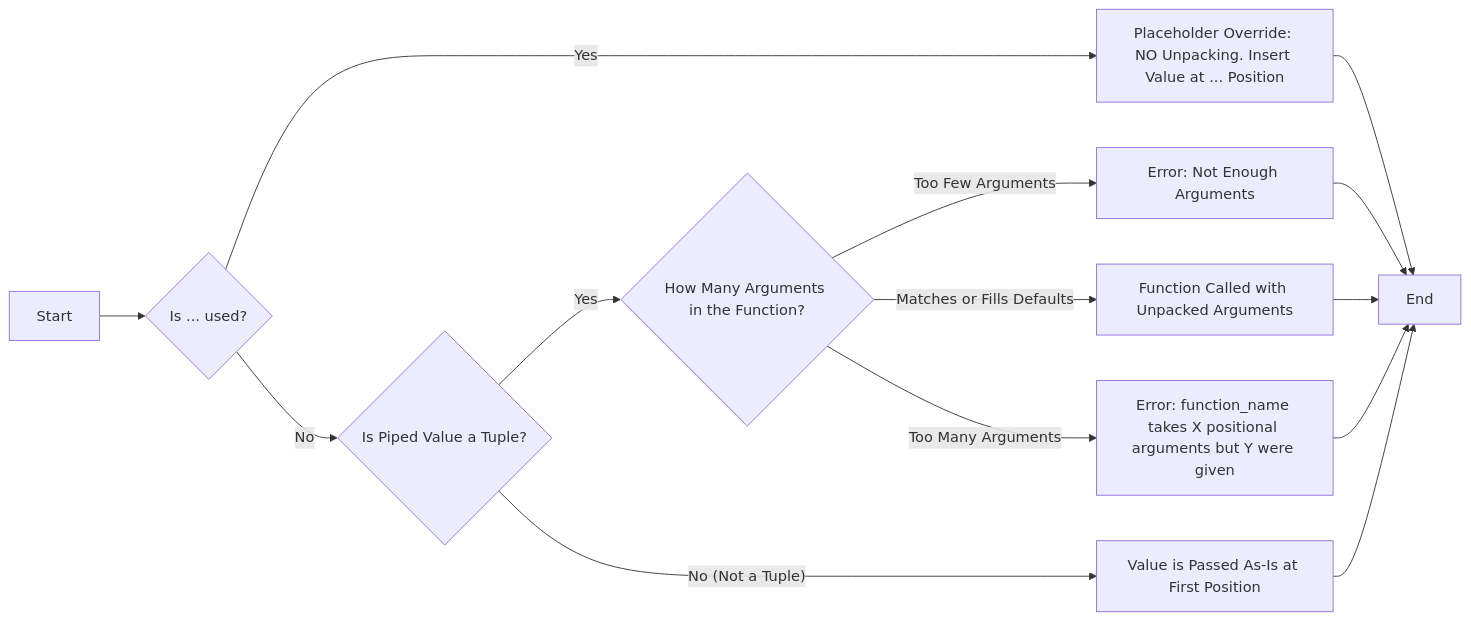
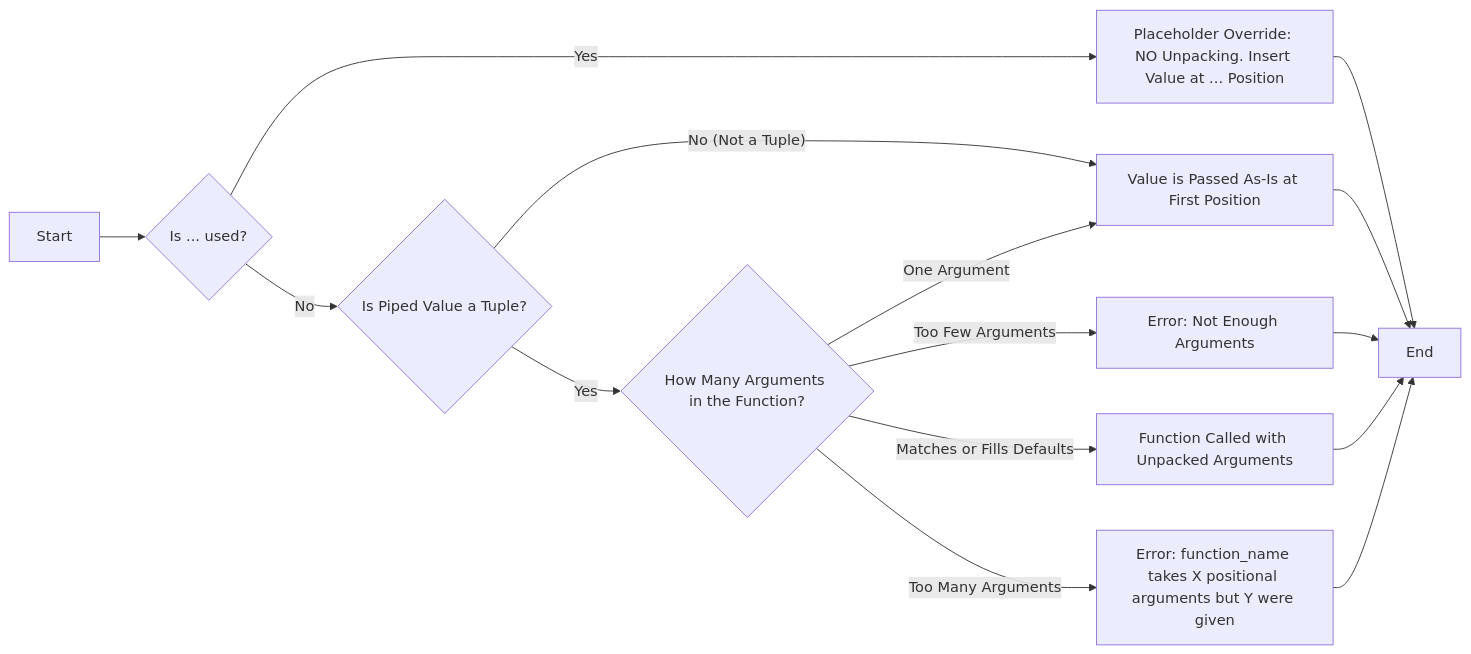
One commit to amogorkon/pypeduct changed the diagram in docs/argument_unpacking_spec.md. Above: the diagram before and after it, drawn with Mermaid. The commit also changed other lines of this file, not shown here.

Commit message:
clarify default unpacking behavior for single argument functions in documentation

````diff
--- a/docs/argument_unpacking_spec.md
+++ b/docs/argument_unpacking_spec.md
@@ -21,16 +21,17 @@
 ```mermaid
 graph LR
     A[Start] --> B{Is ... used?}
     B -- Yes --> E[Placeholder Override: NO Unpacking. Insert Value at ... Position]
     E --> Z
     B -- No --> C{Is Piped Value a Tuple?}
     C -- No (Not a Tuple) -->  I[Value is Passed As-Is at First Position]
     C -- Yes --> F{How Many Arguments in the Function?}
+    F -- One Argument --> I[Value is Passed As-Is at First Position]
     F -- Too Few Arguments --> G[Error: Not Enough Arguments]
     F -- Matches or Fills Defaults --> H[Function Called with Unpacked Arguments]
     F -- Too Many Arguments --> J[Error: function_name takes X positional arguments but Y were given]
     G --> Z[End]
     H --> Z
     J --> Z
     I --> Z
 ```
````
